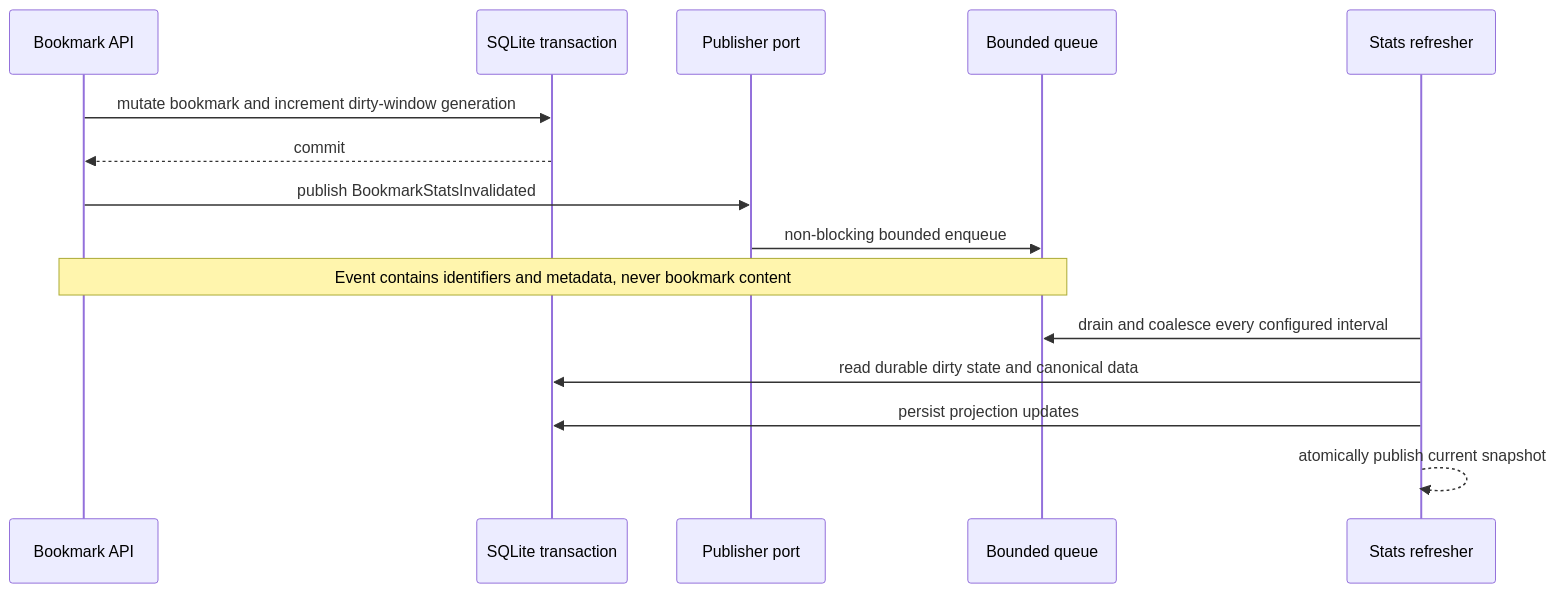
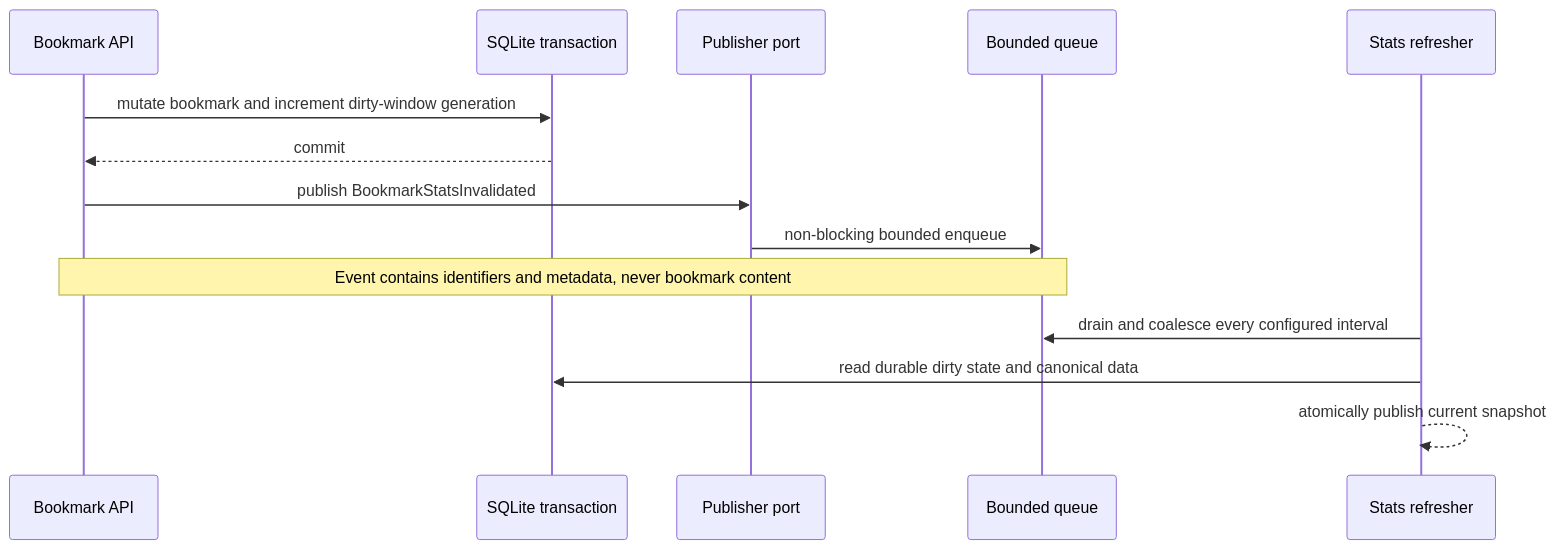
One commit to mechatroNick/backend-exercise changed the fourth of 4 diagrams in docs/SOLUTION-DESIGN.md. Above: the diagram before and after it, drawn with Mermaid. The commit also changed other lines of this file and 25 other files, not shown here.

````diff
--- a/docs/SOLUTION-DESIGN.md
+++ b/docs/SOLUTION-DESIGN.md
@@ -341,18 +322,17 @@
 ```mermaid
 sequenceDiagram
     participant API as Bookmark API
     participant DB as SQLite transaction
     participant PUB as Publisher port
     participant Q as Bounded queue
     participant W as Stats refresher
 
     API->>DB: mutate bookmark and increment dirty-window generation
     DB-->>API: commit
     API->>PUB: publish BookmarkStatsInvalidated
     PUB->>Q: non-blocking bounded enqueue
     Note over API,Q: Event contains identifiers and metadata, never bookmark content
     W->>Q: drain and coalesce every configured interval
     W->>DB: read durable dirty state and canonical data
-    W->>DB: persist projection updates
     W-->>W: atomically publish current snapshot
 ```
````
